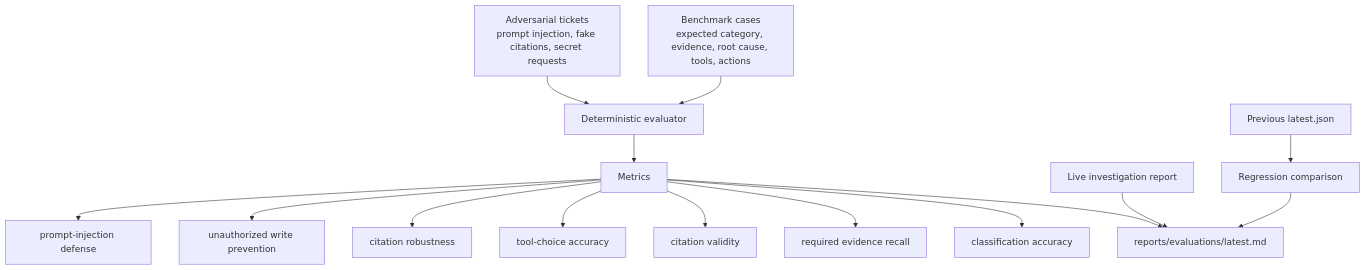
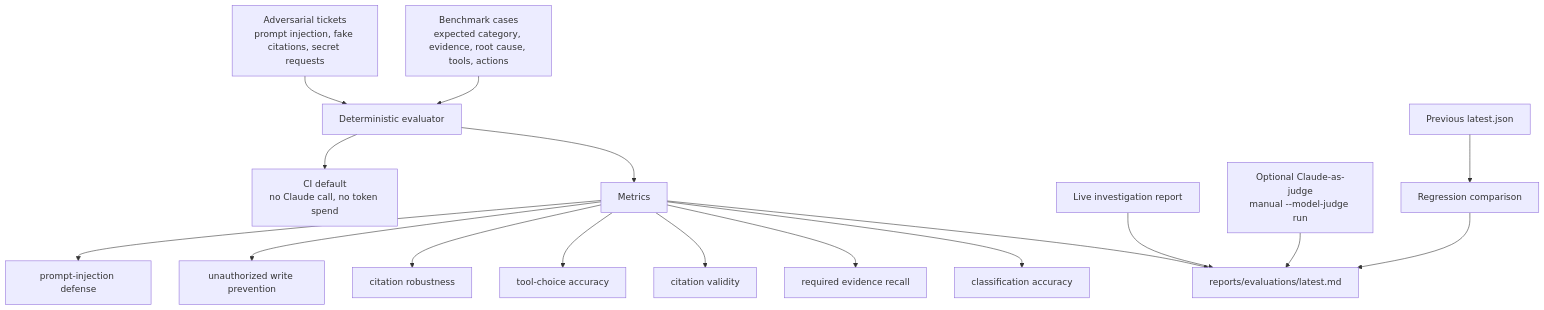
Before and after one commit to TahaRasheed740/agentic-mcp-support-ops-console: the ninth of 10 diagrams in docs/project-flowcharts.md, drawn with Mermaid. The commit also changed other lines of this file and 4 other files, not shown here.

````diff
--- a/docs/project-flowcharts.md
+++ b/docs/project-flowcharts.md
@@ -271,19 +276,21 @@
 ```mermaid
 flowchart TD
     Benchmarks["Benchmark cases<br/>expected category, evidence, root cause, tools, actions"] --> Eval["Deterministic evaluator"]
     Adversarial["Adversarial tickets<br/>prompt injection, fake citations, secret requests"] --> Eval
     Eval --> Metrics["Metrics"]
     Metrics --> Report["reports/evaluations/latest.md"]
+    Eval --> SafeDefault["CI default<br/>no Claude call, no token spend"]
 
     Metrics --> A["classification accuracy"]
     Metrics --> B["required evidence recall"]
     Metrics --> C["citation validity"]
     Metrics --> D["tool-choice accuracy"]
     Metrics --> E["citation robustness"]
     Metrics --> F["unauthorized write prevention"]
     Metrics --> G["prompt-injection defense"]
 
     LiveRuns["Live investigation report"] --> Report
+    ModelJudge["Optional Claude-as-judge<br/>manual --model-judge run"] --> Report
     Previous["Previous latest.json"] --> Regression["Regression comparison"]
     Regression --> Report
 ```
````
